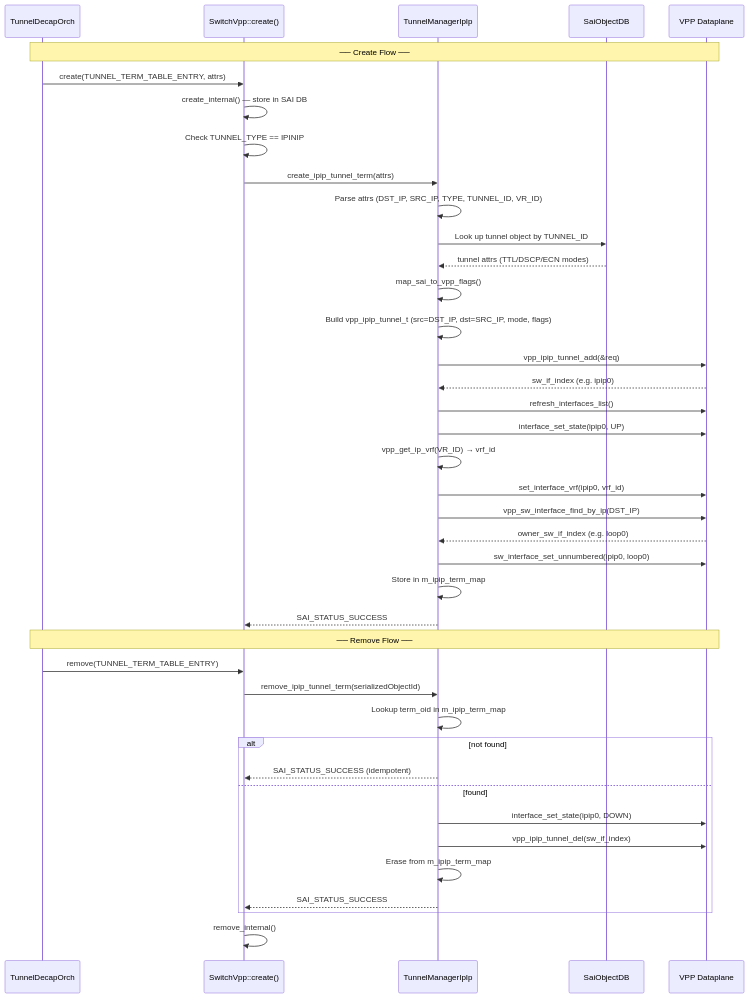
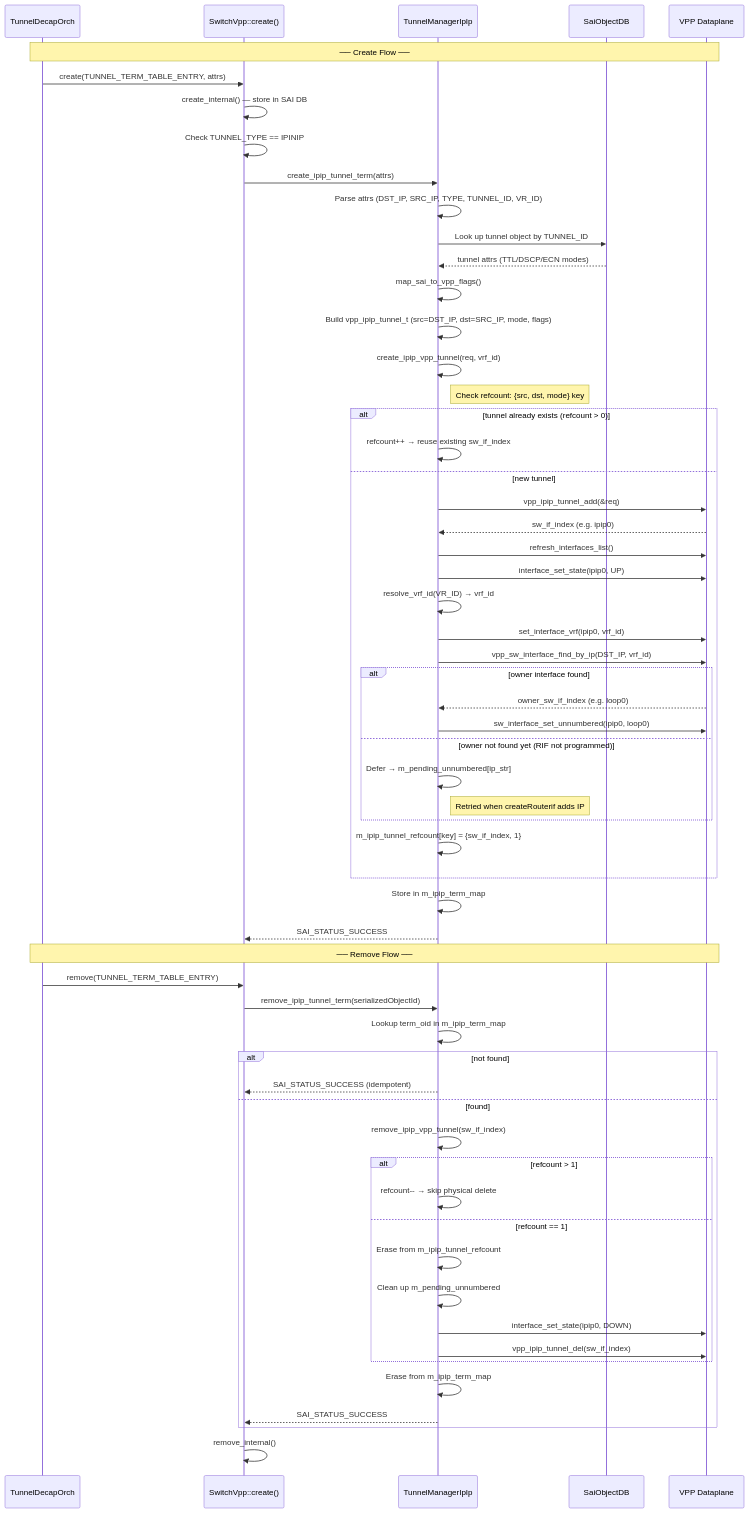
One commit to sonic-net/sonic-platform-vpp changed the first of 4 diagrams in docs/HLD/vpp-ipiptunnel.md. Above: the diagram before and after it, drawn with Mermaid. The commit also changed other lines of this file, not shown here.

````diff
--- a/docs/HLD/vpp-ipiptunnel.md
+++ b/docs/HLD/vpp-ipiptunnel.md
@@ -352,52 +364,68 @@
 ```mermaid
 sequenceDiagram
     participant Orch as TunnelDecapOrch
     participant SW as SwitchVpp::create()
     participant TM as TunnelManagerIpIp
     participant DB as SaiObjectDB
     participant VPP as VPP Dataplane
 
     Note over Orch, VPP: ── Create Flow ──
 
     Orch->>SW: create(TUNNEL_TERM_TABLE_ENTRY, attrs)
     SW->>SW: create_internal() — store in SAI DB
     SW->>SW: Check TUNNEL_TYPE == IPINIP
     SW->>TM: create_ipip_tunnel_term(attrs)
 
     TM->>TM: Parse attrs (DST_IP, SRC_IP, TYPE, TUNNEL_ID, VR_ID)
     TM->>DB: Look up tunnel object by TUNNEL_ID
     DB-->>TM: tunnel attrs (TTL/DSCP/ECN modes)
     TM->>TM: map_sai_to_vpp_flags()
     TM->>TM: Build vpp_ipip_tunnel_t (src=DST_IP, dst=SRC_IP, mode, flags)
 
-    TM->>VPP: vpp_ipip_tunnel_add(&req)
-    VPP-->>TM: sw_if_index (e.g. ipip0)
-
-    TM->>VPP: refresh_interfaces_list()
-    TM->>VPP: interface_set_state(ipip0, UP)
-
-    TM->>TM: vpp_get_ip_vrf(VR_ID) → vrf_id
-    TM->>VPP: set_interface_vrf(ipip0, vrf_id)
-
-    TM->>VPP: vpp_sw_interface_find_by_ip(DST_IP)
-    VPP-->>TM: owner_sw_if_index (e.g. loop0)
-    TM->>VPP: sw_interface_set_unnumbered(ipip0, loop0)
+    TM->>TM: create_ipip_vpp_tunnel(req, vrf_id)
+    Note right of TM: Check refcount: {src, dst, mode} key
+    alt tunnel already exists (refcount > 0)
+        TM->>TM: refcount++ → reuse existing sw_if_index
+    else new tunnel
+        TM->>VPP: vpp_ipip_tunnel_add(&req)
+        VPP-->>TM: sw_if_index (e.g. ipip0)
+        TM->>VPP: refresh_interfaces_list()
+        TM->>VPP: interface_set_state(ipip0, UP)
+        TM->>TM: resolve_vrf_id(VR_ID) → vrf_id
+        TM->>VPP: set_interface_vrf(ipip0, vrf_id)
+        TM->>VPP: vpp_sw_interface_find_by_ip(DST_IP, vrf_id)
+        alt owner interface found
+            VPP-->>TM: owner_sw_if_index (e.g. loop0)
+            TM->>VPP: sw_interface_set_unnumbered(ipip0, loop0)
+        else owner not found yet (RIF not programmed)
+            TM->>TM: Defer → m_pending_unnumbered[ip_str]
+            Note right of TM: Retried when createRouterif adds IP
+        end
+        TM->>TM: m_ipip_tunnel_refcount[key] = {sw_if_index, 1}
+    end
 
     TM->>TM: Store in m_ipip_term_map
     TM-->>SW: SAI_STATUS_SUCCESS
 
     Note over Orch, VPP: ── Remove Flow ──
 
     Orch->>SW: remove(TUNNEL_TERM_TABLE_ENTRY)
     SW->>TM: remove_ipip_tunnel_term(serializedObjectId)
     TM->>TM: Lookup term_oid in m_ipip_term_map
     alt not found
         TM-->>SW: SAI_STATUS_SUCCESS (idempotent)
     else found
-        TM->>VPP: interface_set_state(ipip0, DOWN)
-        TM->>VPP: vpp_ipip_tunnel_del(sw_if_index)
+        TM->>TM: remove_ipip_vpp_tunnel(sw_if_index)
+        alt refcount > 1
+            TM->>TM: refcount-- → skip physical delete
+        else refcount == 1
+            TM->>TM: Erase from m_ipip_tunnel_refcount
+            TM->>TM: Clean up m_pending_unnumbered
+            TM->>VPP: interface_set_state(ipip0, DOWN)
+            TM->>VPP: vpp_ipip_tunnel_del(sw_if_index)
+        end
         TM->>TM: Erase from m_ipip_term_map
         TM-->>SW: SAI_STATUS_SUCCESS
     end
     SW->>SW: remove_internal()
 ```
````
